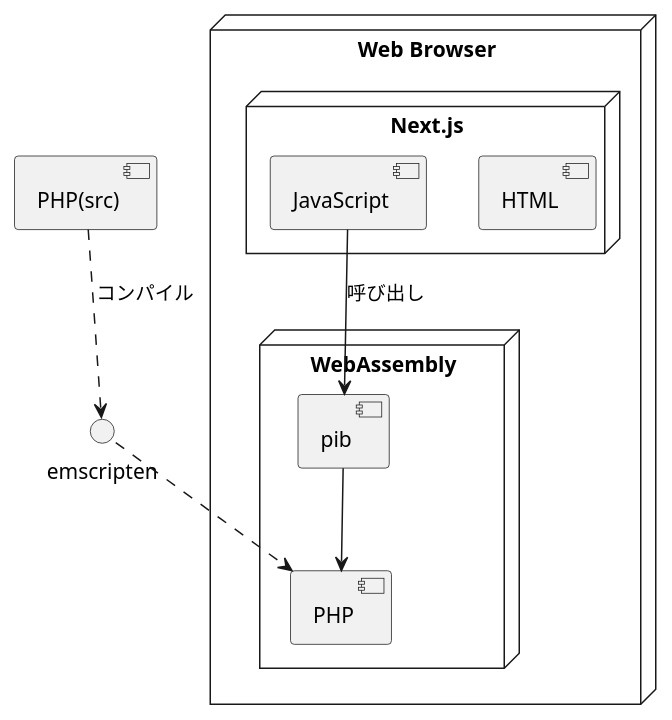
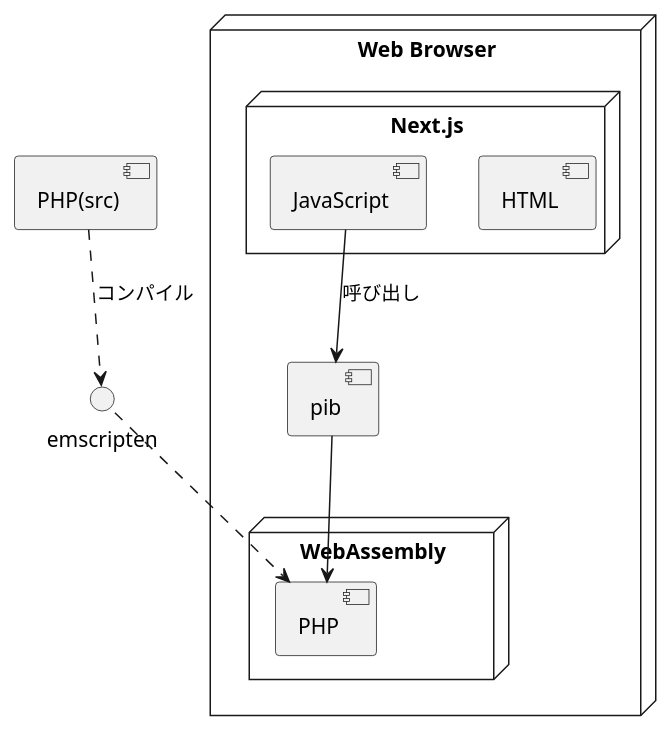
Before and after one commit to n-fukuju/shakyo: the first of 3 diagrams in diagram/component.pu, drawn with PlantUML. The commit also changed other lines of this file and 10 other files, not shown here.

Commit message:
mermaid追加

```diff
--- a/diagram/component.pu
+++ b/diagram/component.pu
@@ -1,16 +1,16 @@
 @startuml php
 node "Web Browser" {
   node "Next.js" {
     [HTML]
     [JavaScript]
   }
+  [pib]
   node "WebAssembly" {
-    [pib]
     [PHP]
   }
 }
 [JavaScript] --> [pib] : 呼び出し
 [pib] --> [PHP]
 [PHP(src)] ..> emscripten : コンパイル
 emscripten ..> [PHP]
 @enduml
```
